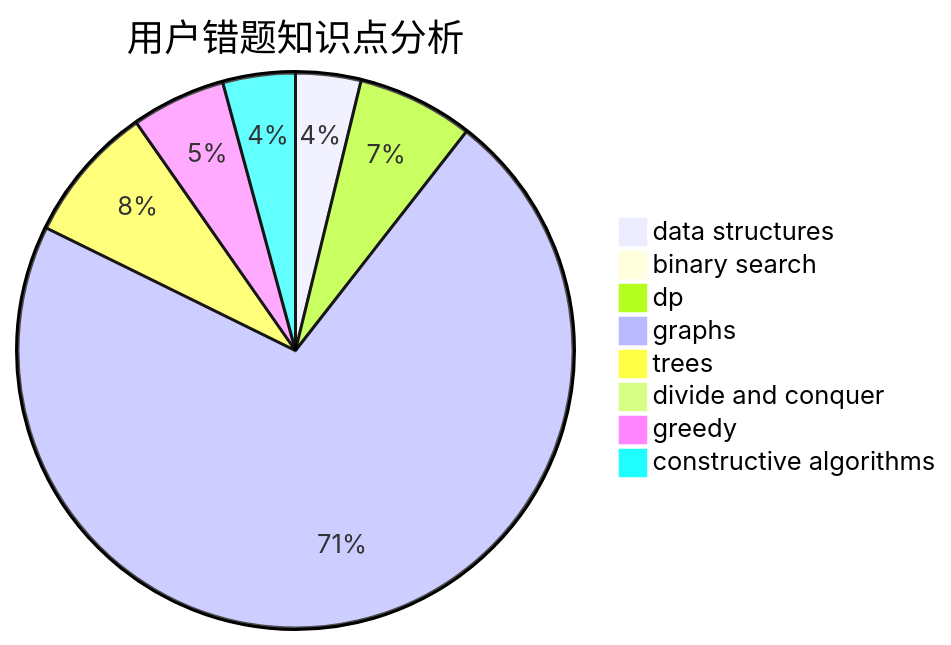
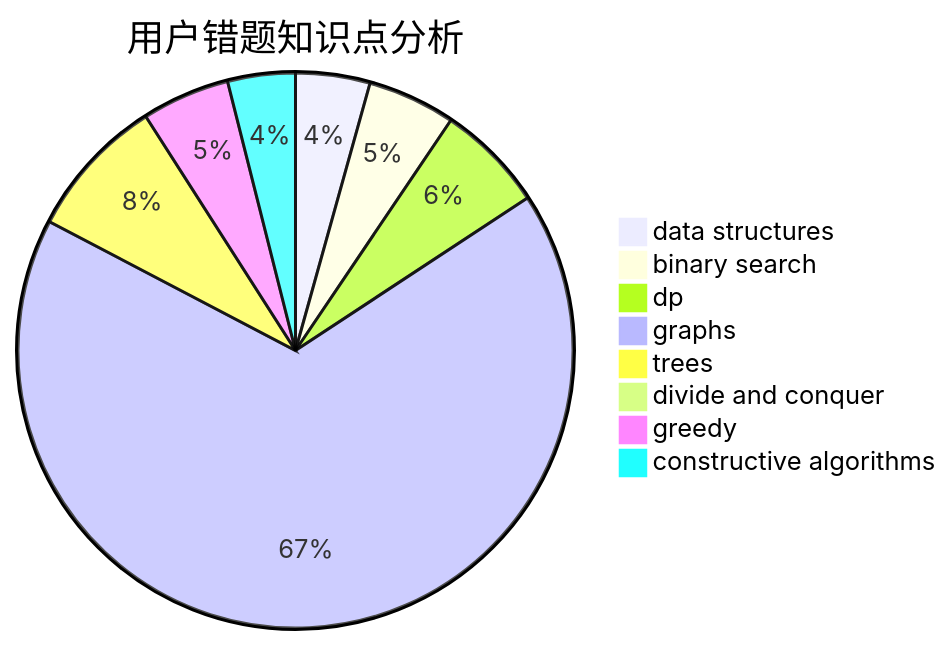
One commit to sherpahu/cfrs.github.io changed the third of 3 diagrams in docs/user/u2474.md. Above: the diagram before and after it, drawn with Mermaid. The commit also changed other lines of this file and 2770 other files, not shown here.

````diff
--- a/docs/user/u2474.md
+++ b/docs/user/u2474.md
@@ -36,11 +36,11 @@
 ```mermaid
 pie title 用户错题知识点分析
-    "data structures" :  9
-    "binary search" :  2
+    "data structures" :  11
+    "binary search" :  13
     "dp" :  16
     "graphs" :  170
-    "trees" :  19
+    "trees" :  21
     "divide and conquer" :  0
     "greedy" :  13
     "constructive algorithms" :  10
 ```
````
